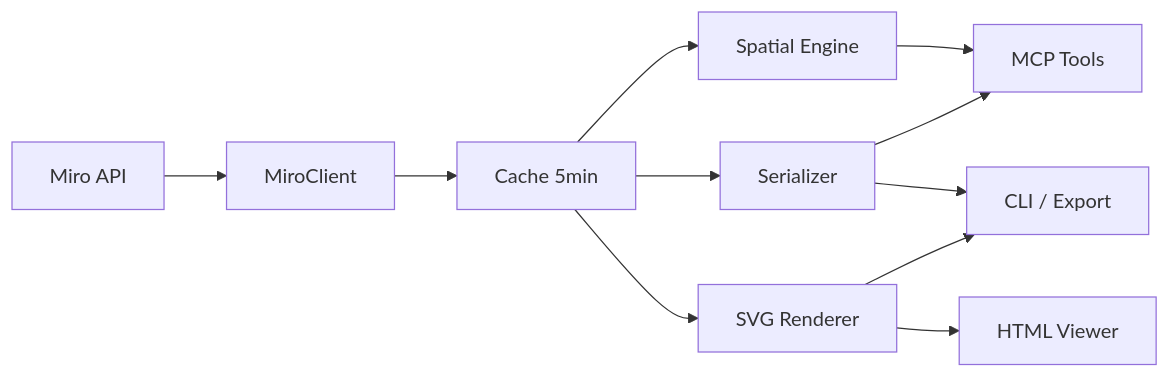
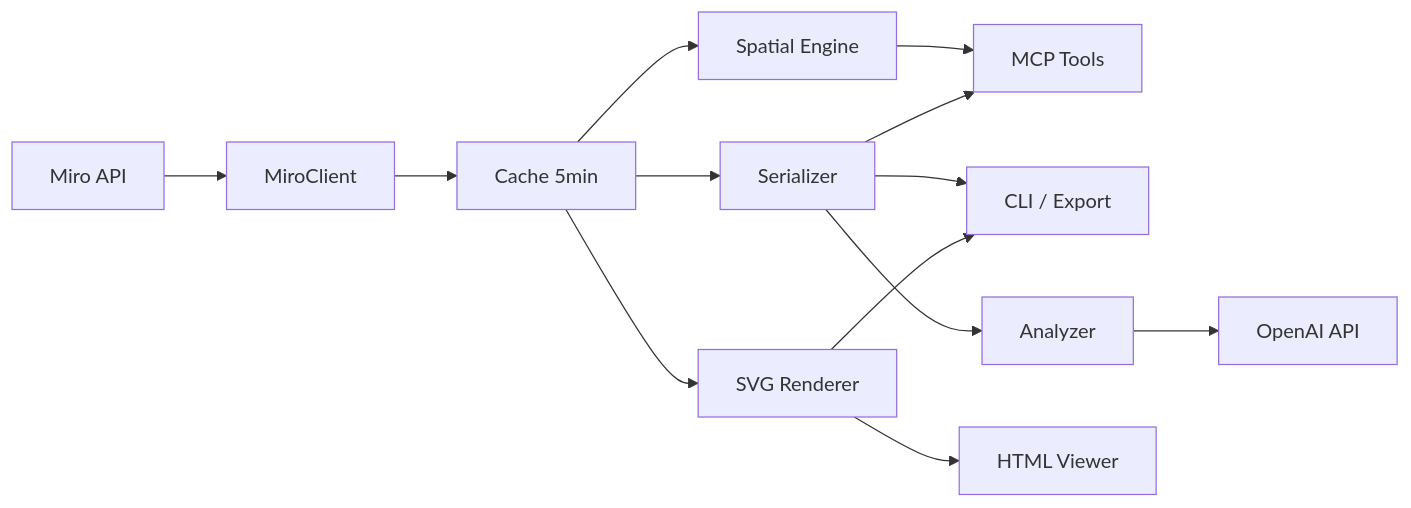
Before and after one commit to dkh-ai/miroex: the first of 2 diagrams in CLAUDE.md, drawn with Mermaid. The commit also changed other lines of this file and 9 other files, not shown here.

````diff
--- a/CLAUDE.md
+++ b/CLAUDE.md
@@ -23,13 +24,15 @@
 ```mermaid
 graph LR
     A[Miro API] --> B[MiroClient]
     B --> C[Cache 5min]
     C --> D[Spatial Engine]
     C --> E[Serializer]
     C --> F[SVG Renderer]
     D --> G[MCP Tools]
     E --> G
     E --> H[CLI / Export]
+    E --> J[Analyzer]
+    J --> K[OpenAI API]
     F --> I[HTML Viewer]
     F --> H
 ```
````
